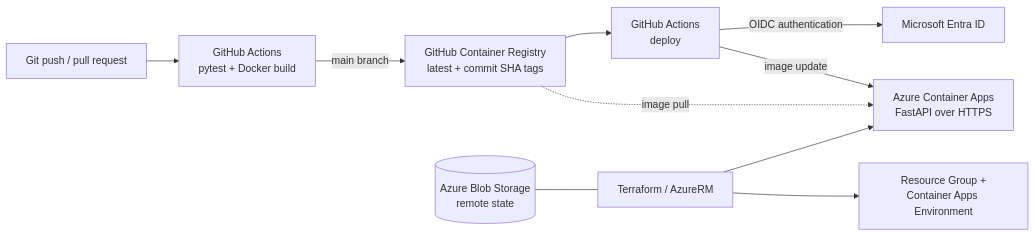
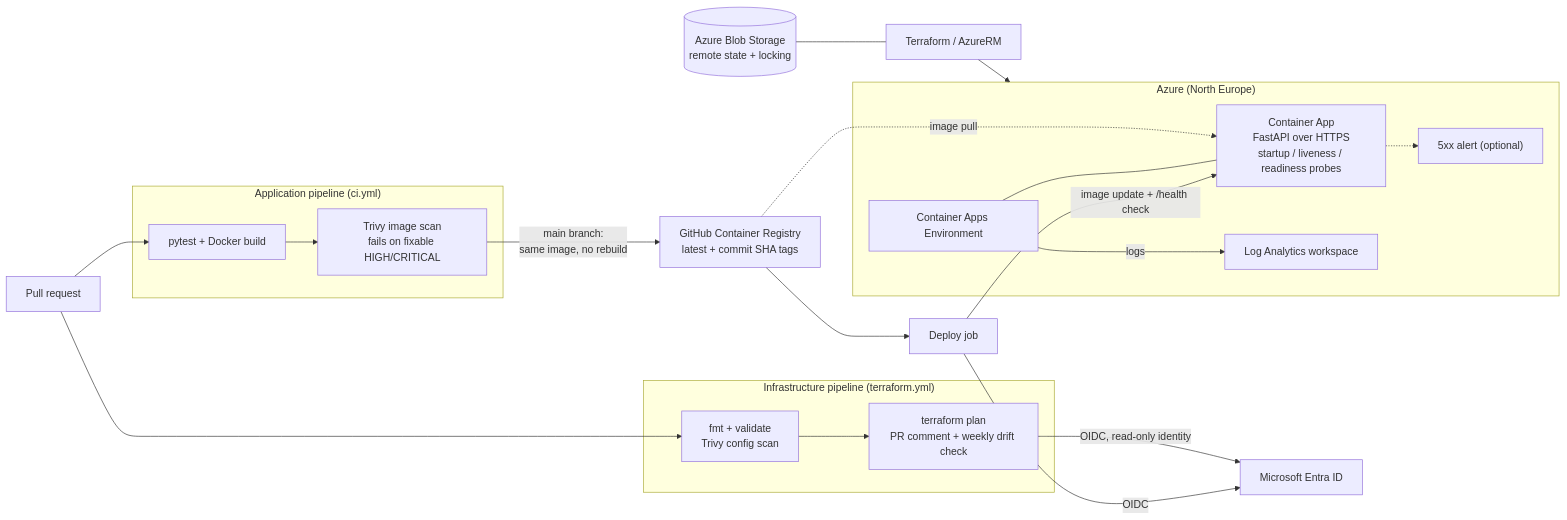
One commit to IgnasTamosaitis/azure-container-platform changed the diagram in README.md. Above: the diagram before and after it, drawn with Mermaid. The commit also changed other lines of this file, not shown here.

Commit message:
docs: update architecture diagram

````diff
--- a/README.md
+++ b/README.md
@@ -9,12 +9,33 @@
 ```mermaid
 flowchart LR
-    Git["Git push / pull request"] --> CI["GitHub Actions<br/>pytest + Docker build"]
-    CI -->|"main branch"| GHCR["GitHub Container Registry<br/>latest + commit SHA tags"]
-    GHCR --> CD["GitHub Actions<br/>deploy"]
-    CD -->|"OIDC authentication"| Entra["Microsoft Entra ID"]
-    CD -->|"image update"| ACA["Azure Container Apps<br/>FastAPI over HTTPS"]
+    PR["Pull request"] --> CI
+    PR --> TFCI
+
+    subgraph APP["Application pipeline (ci.yml)"]
+        CI["pytest + Docker build"] --> Scan["Trivy image scan<br/>fails on fixable HIGH/CRITICAL"]
+    end
+
+    subgraph IAC["Infrastructure pipeline (terraform.yml)"]
+        TFCI["fmt + validate<br/>Trivy config scan"] --> Plan["terraform plan<br/>PR comment + weekly drift check"]
+    end
+
+    Scan -->|"main branch:<br/>same image, no rebuild"| GHCR["GitHub Container Registry<br/>latest + commit SHA tags"]
+    GHCR --> CD["Deploy job"]
+    CD -->|"OIDC"| Entra["Microsoft Entra ID"]
+    Plan -->|"OIDC, read-only identity"| Entra
+    CD -->|"image update + /health check"| ACA
+
+    subgraph AZ["Azure (North Europe)"]
+        ACA["Container App<br/>FastAPI over HTTPS<br/>startup / liveness / readiness probes"]
+        CAE["Container Apps Environment"]
+        LAW["Log Analytics workspace"]
+        Alert["5xx alert (optional)"]
+        CAE --- ACA
+        CAE -->|"logs"| LAW
+        ACA -.-> Alert
+    end
+
     GHCR -.->|"image pull"| ACA
-    TF["Terraform / AzureRM"] --> Azure["Resource Group +<br/>Container Apps Environment"]
-    TF --> ACA
-    State[("Azure Blob Storage<br/>remote state")] --- TF
+    TF["Terraform / AzureRM"] --> AZ
+    State[("Azure Blob Storage<br/>remote state + locking")] --- TF
 ```
````
